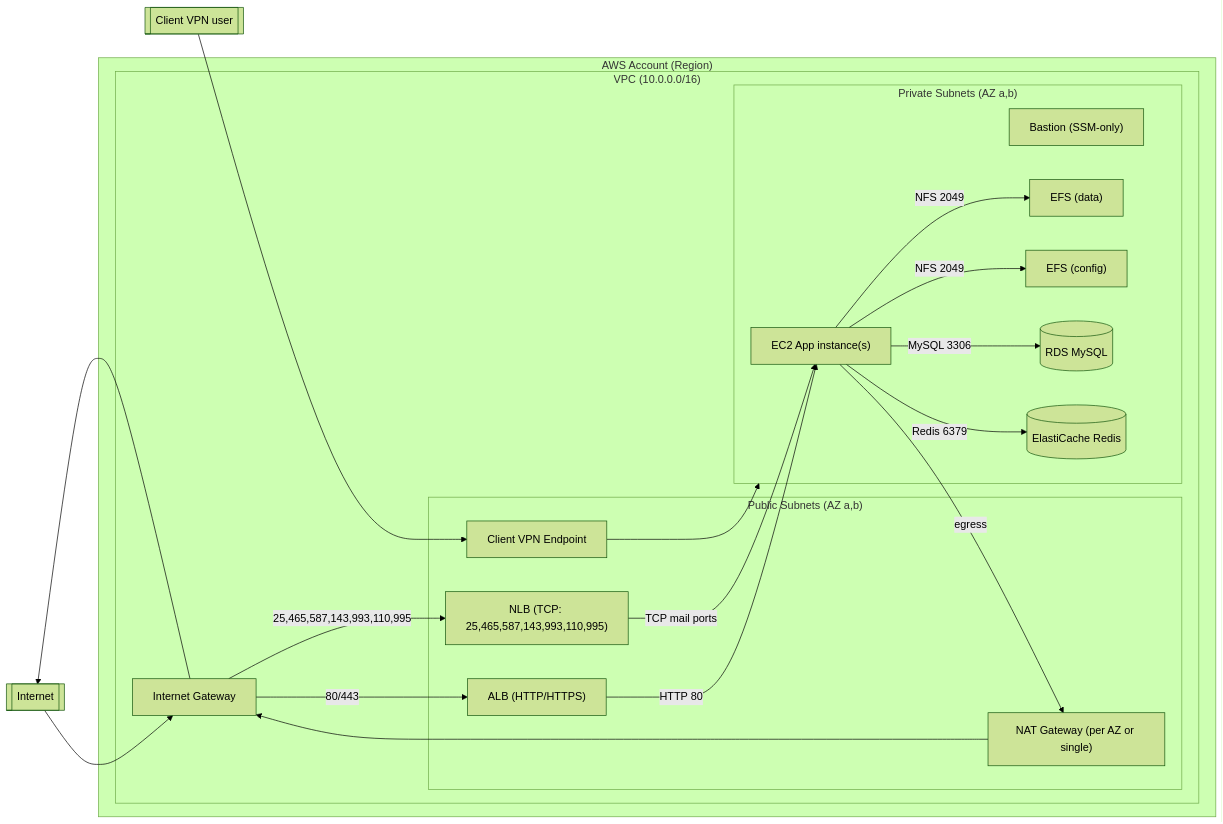
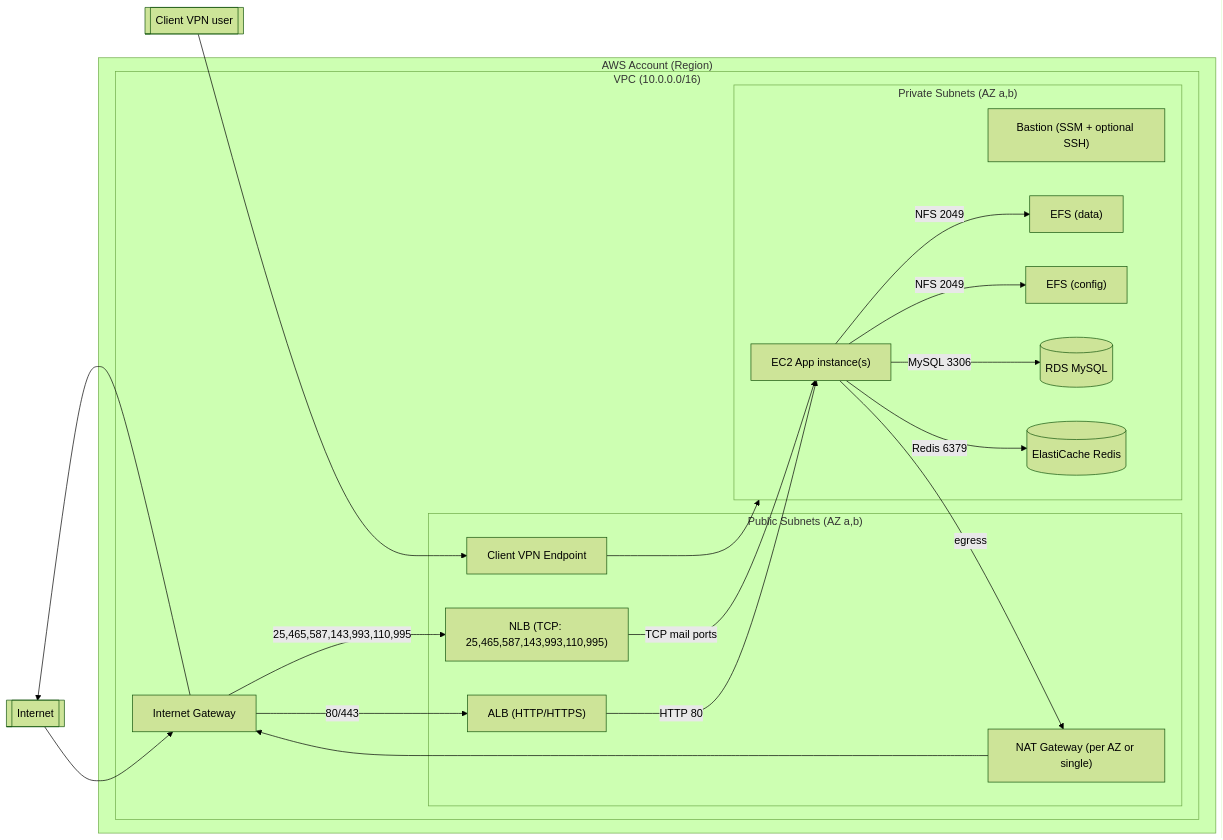
The diagram in ARCHITECTURE.md (spetr/iw-terraform), drawn with Mermaid (forest theme) before and after one commit. The commit also changed other lines of this file and 1 other file, not shown here.

````diff
--- a/ARCHITECTURE.md
+++ b/ARCHITECTURE.md
@@ -5,48 +5,48 @@
 ```mermaid
 flowchart LR
   Internet[[Internet]]
   Client[[Client VPN user]]
 
   subgraph AWS["AWS Account (Region)"]
     subgraph VPC["VPC (10.0.0.0/16)"]
       IGW["Internet Gateway"]
 
       subgraph Public["Public Subnets (AZ a,b)"]
         ALB["ALB (HTTP/HTTPS)"]
         NLB["NLB (TCP: 25,465,587,143,993,110,995)"]
         NAT["NAT Gateway (per AZ or single)"]
         CVPN["Client VPN Endpoint"]
       end
 
       subgraph Private["Private Subnets (AZ a,b)"]
         EC2["EC2 App instance(s)"]
-        Bastion["Bastion (SSM-only)"]
+        Bastion["Bastion (SSM + optional SSH)"]
         EFS1["EFS (data)"]
         EFS2["EFS (config)"]
         RDS[("RDS MySQL")]
         Redis[("ElastiCache Redis")]
       end
     end
   end
 
   %% Inbound from Internet
   Internet --> IGW
   IGW -->|80/443| ALB
   IGW -->|25,465,587,143,993,110,995| NLB
 
   %% Load balancer to EC2
   ALB -->|HTTP 80| EC2
   NLB -->|TCP mail ports| EC2
 
   %% East-west inside VPC
   EC2 -- "NFS 2049" --> EFS1
   EC2 -- "NFS 2049" --> EFS2
   EC2 -->|"MySQL 3306"| RDS
   EC2 -->|"Redis 6379"| Redis
 
   %% Egress
   EC2 -->|egress| NAT --> IGW --> Internet
 
   %% VPN access into VPC
   Client --> CVPN --> Private
 ```
````
